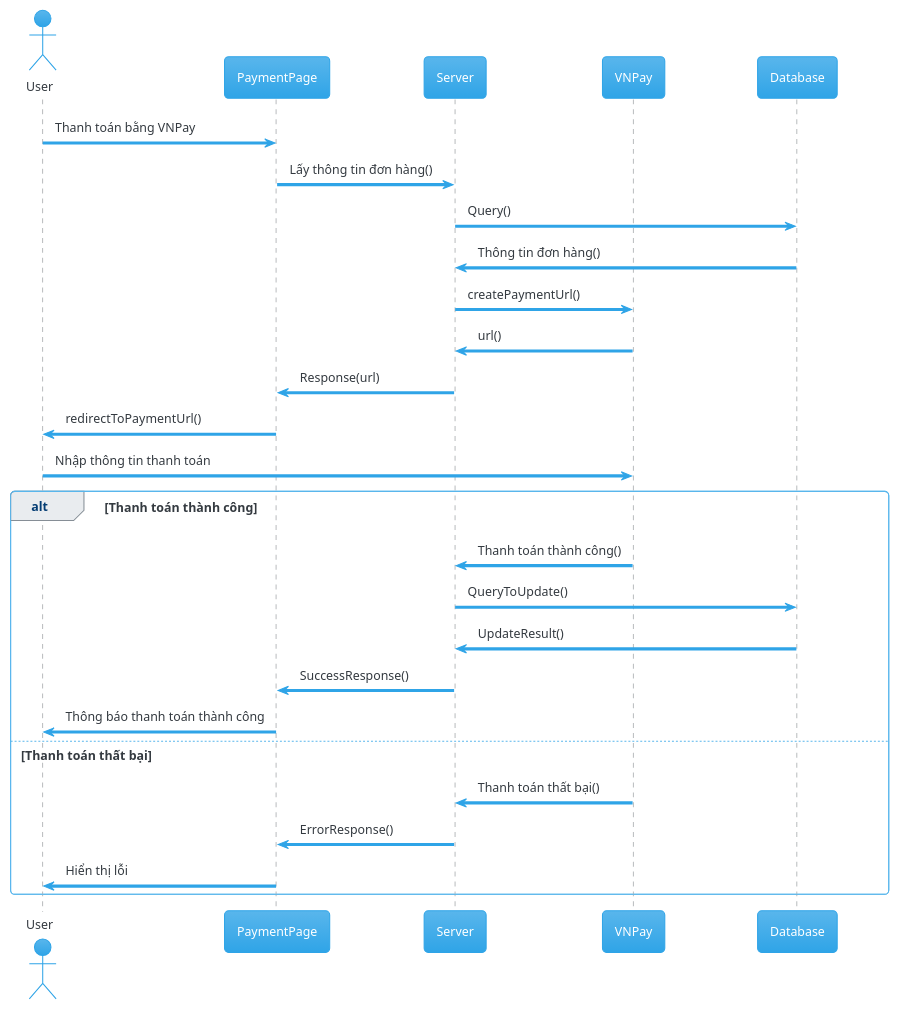
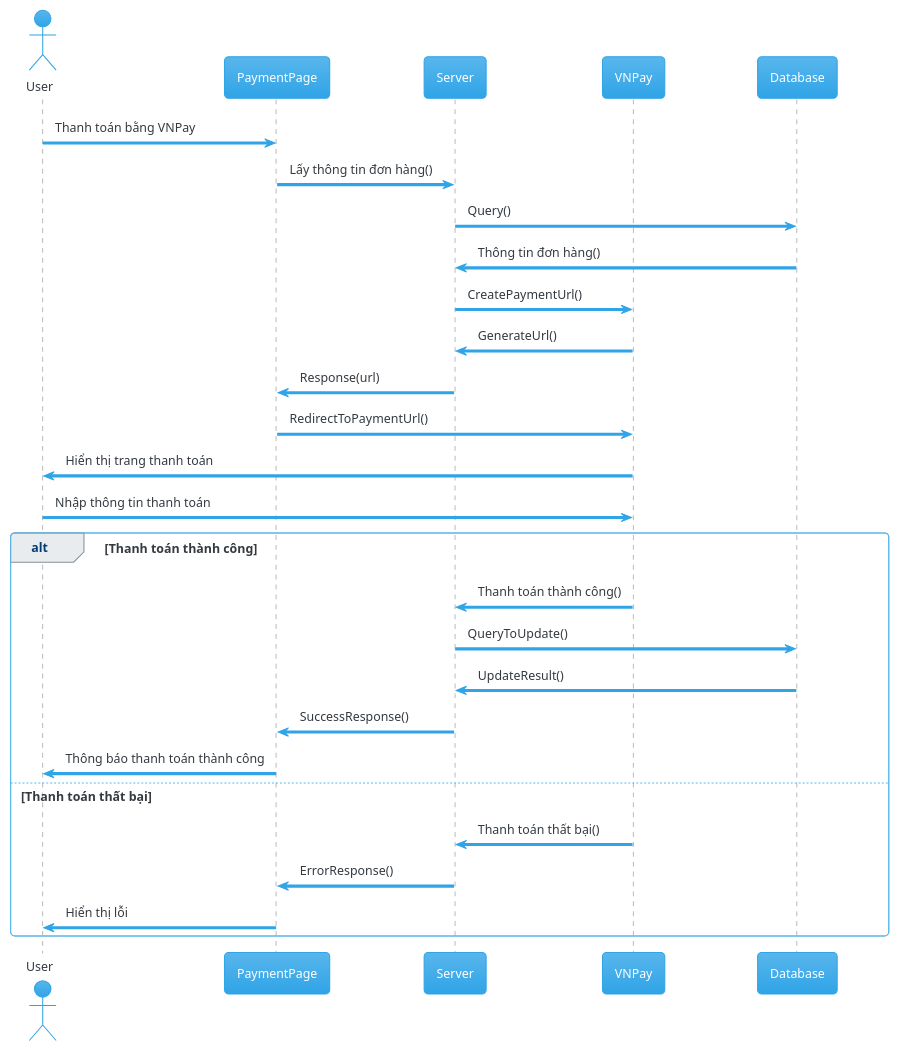
Before and after one commit to quockhanhtn/mern-ecommerce: the diagram in docs/diagrams/sequence/payment.wsd, drawn with PlantUML. The commit also changed 27 other files, not shown here.

Commit message:
Update sequence diagrams

```diff
--- a/docs/diagrams/sequence/payment.wsd
+++ b/docs/diagrams/sequence/payment.wsd
@@ -1,34 +1,34 @@
 @startuml payment with vnpay
 !theme cerulean
 
 actor       User       as u
 participant PaymentPage as pp
 participant Server as s
 participant VNPay as vnp
 participant Database as d
 
 u -> pp: Thanh toán bằng VNPay
 pp -> s: Lấy thông tin đơn hàng()
 s -> d: Query()
 d -> s: Thông tin đơn hàng()
-s -> vnp: createPaymentUrl()
-vnp -> s: url()
+s -> vnp: CreatePaymentUrl()
+vnp -> s: GenerateUrl()
 s -> pp: Response(url)
-pp -> u: redirectToPaymentUrl()
-
+pp -> vnp: RedirectToPaymentUrl()
+vnp -> u: Hiển thị trang thanh toán
 u -> vnp: Nhập thông tin thanh toán
 
 alt Thanh toán thành công
 vnp -> s: Thanh toán thành công()
 s -> d: QueryToUpdate()
 d -> s: UpdateResult()
 s -> pp: SuccessResponse()
 pp -> u: Thông báo thanh toán thành công
 else Thanh toán thất bại
 vnp -> s: Thanh toán thất bại()
 s -> pp: ErrorResponse()
 pp -> u: Hiển thị lỗi
 end
 
 
 @enduml
```
